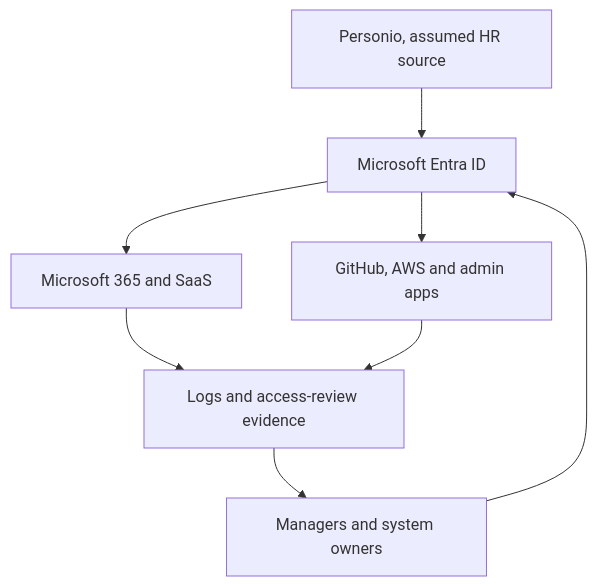
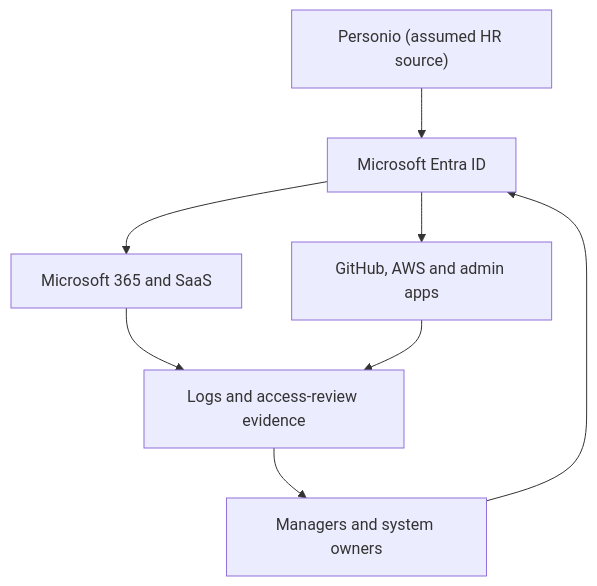
The diagram in Identity-and-access-governance/Docs/Identity-architecture.md (Adeconcept/Velora-GmbH), drawn with Mermaid before and after one commit.

````diff
--- a/Identity-and-access-governance/Docs/Identity-architecture.md
+++ b/Identity-and-access-governance/Docs/Identity-architecture.md
@@ -5,10 +5,10 @@
 ```mermaid
 flowchart TD
-    A["Personio, assumed HR source"] --> B["Microsoft Entra ID"]
+    A["Personio (assumed HR source)"] --> B["Microsoft Entra ID"]
     B --> C["Microsoft 365 and SaaS"]
     B --> D["GitHub, AWS and admin apps"]
     C --> E["Logs and access-review evidence"]
     D --> E
     E --> F["Managers and system owners"]
     F --> B
 ```
````
